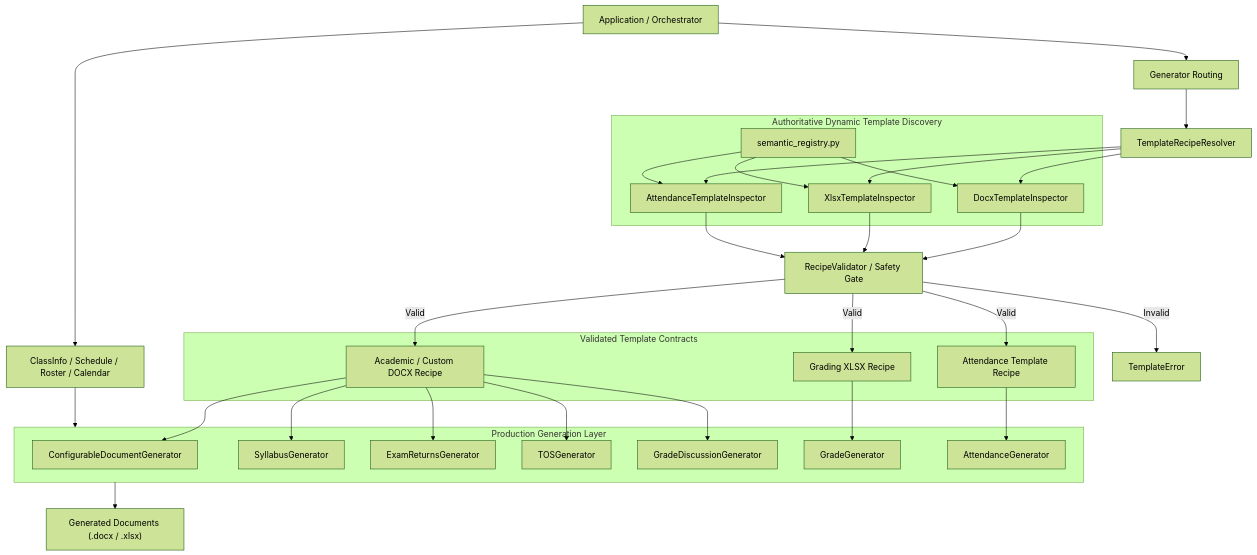
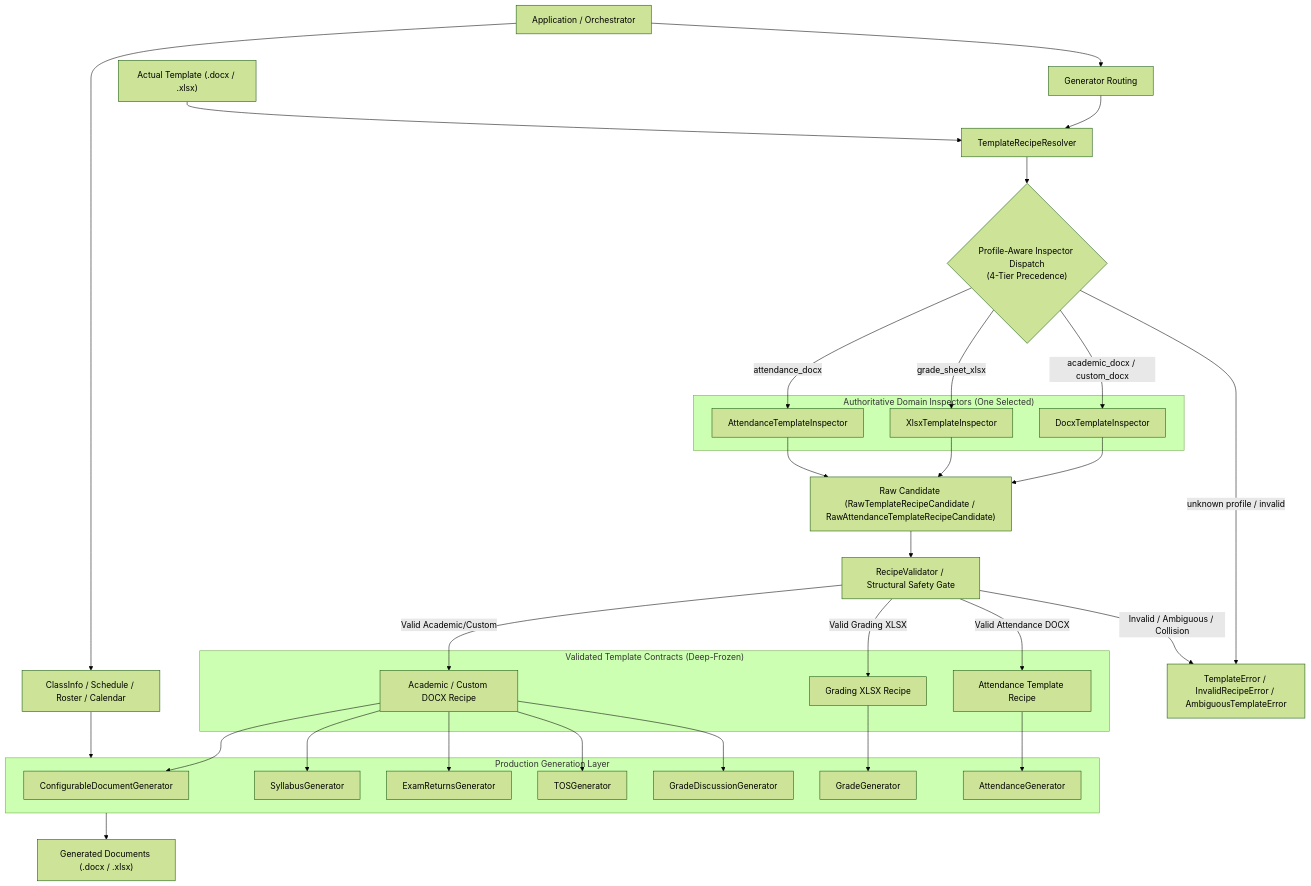
One commit to DrinkBoooz/cvsu-generator_documentation changed the diagram in 01 - Architecture/Template Discovery Pipeline.md. Above: the diagram before and after it, drawn with Mermaid (forest theme). The commit also changed other lines of this file and 2 other files, not shown here.

Commit message:
30: update template discovery pipeline and attendance generator architecture documentation for 4-tier dispatch and structural recipe bindings

````diff
--- a/01 - Architecture/Template Discovery Pipeline.md
+++ b/01 - Architecture/Template Discovery Pipeline.md
@@ -46,72 +46,72 @@
 ```mermaid
 flowchart TD
 
     APP["Application / Orchestrator"]
     DATA["ClassInfo / Schedule / Roster / Calendar"]
+    TMPL["Actual Template (.docx / .xlsx)"]
+
     ROUTER["Generator Routing"]
+    RESOLVER["TemplateRecipeResolver"]
+    DISPATCH{"Profile-Aware Inspector Dispatch<br/>(4-Tier Precedence)"}
 
-    RESOLVER["TemplateRecipeResolver"]
-
-    subgraph DISCOVERY["Authoritative Dynamic Template Discovery"]
-        REG["semantic_registry.py"]
+    subgraph INSPECTORS["Authoritative Domain Inspectors (One Selected)"]
         DOCX["DocxTemplateInspector"]
         XLSX["XlsxTemplateInspector"]
         ATTINS["AttendanceTemplateInspector"]
     end
 
-    subgraph RECIPES["Validated Template Contracts"]
+    CAND["Raw Candidate (RawTemplateRecipeCandidate / RawAttendanceTemplateRecipeCandidate)"]
+    VALID["RecipeValidator / Structural Safety Gate"]
+    ERROR["TemplateError / InvalidRecipeError / AmbiguousTemplateError"]
+
+    subgraph RECIPES["Validated Template Contracts (Deep-Frozen)"]
         DOCXRECIPE["Academic / Custom DOCX Recipe"]
         XLSXRECIPE["Grading XLSX Recipe"]
         ATTRECIPE["Attendance Template Recipe"]
     end
-
-    VALID["RecipeValidator / Safety Gate"]
-    ERROR["TemplateError"]
 
     subgraph GENERATORS["Production Generation Layer"]
         GENERIC["ConfigurableDocumentGenerator"]
         SYL["SyllabusGenerator"]
         EXAM["ExamReturnsGenerator"]
         TOS["TOSGenerator"]
         GD["GradeDiscussionGenerator"]
         GRADE["GradeGenerator"]
         ATTGEN["AttendanceGenerator"]
     end
 
     OUTPUT["Generated Documents (.docx / .xlsx)"]
 
     APP --> ROUTER
     APP --> DATA
+    ROUTER --> RESOLVER
+    TMPL --> RESOLVER
 
-    ROUTER --> RESOLVER
+    RESOLVER --> DISPATCH
+    DISPATCH -->|academic_docx / custom_docx| DOCX
+    DISPATCH -->|grade_sheet_xlsx| XLSX
+    DISPATCH -->|attendance_docx| ATTINS
+    DISPATCH -->|unknown profile / invalid| ERROR
 
-    RESOLVER --> DOCX
-    RESOLVER --> XLSX
-    RESOLVER --> ATTINS
+    DOCX --> CAND
+    XLSX --> CAND
+    ATTINS --> CAND
 
-    REG --> DOCX
-    REG --> XLSX
-    REG --> ATTINS
-
-    DOCX --> VALID
-    XLSX --> VALID
-    ATTINS --> VALID
-
-    VALID -->|Valid| DOCXRECIPE
-    VALID -->|Valid| XLSXRECIPE
-    VALID -->|Valid| ATTRECIPE
-
-    VALID -->|Invalid| ERROR
+    CAND --> VALID
+    VALID -->|Valid Academic/Custom| DOCXRECIPE
+    VALID -->|Valid Grading XLSX| XLSXRECIPE
+    VALID -->|Valid Attendance DOCX| ATTRECIPE
+    VALID -->|Invalid / Ambiguous / Collision| ERROR
 
     DOCXRECIPE --> GENERIC
     DOCXRECIPE --> SYL
     DOCXRECIPE --> EXAM
     DOCXRECIPE --> TOS
     DOCXRECIPE --> GD
 
     XLSXRECIPE --> GRADE
     ATTRECIPE --> ATTGEN
 
     DATA --> GENERATORS
     GENERATORS --> OUTPUT
 ```
````
